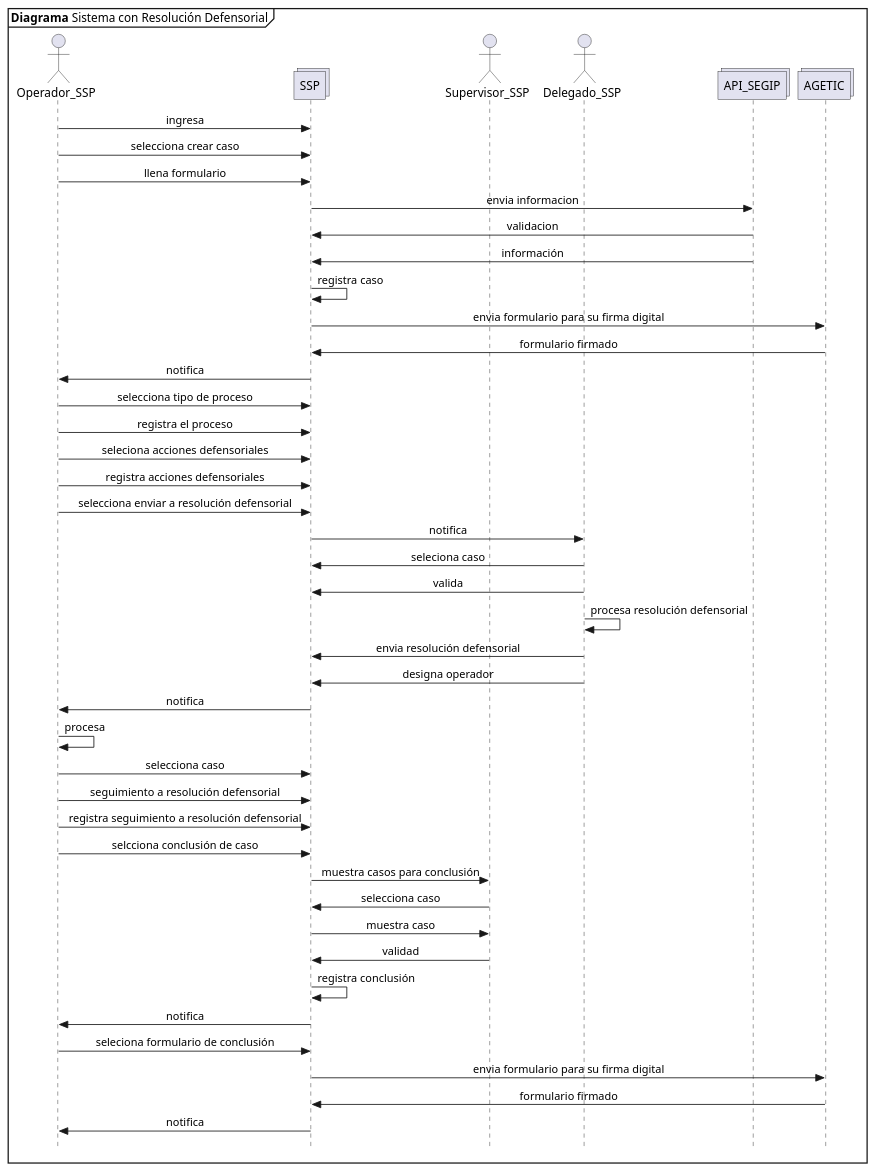
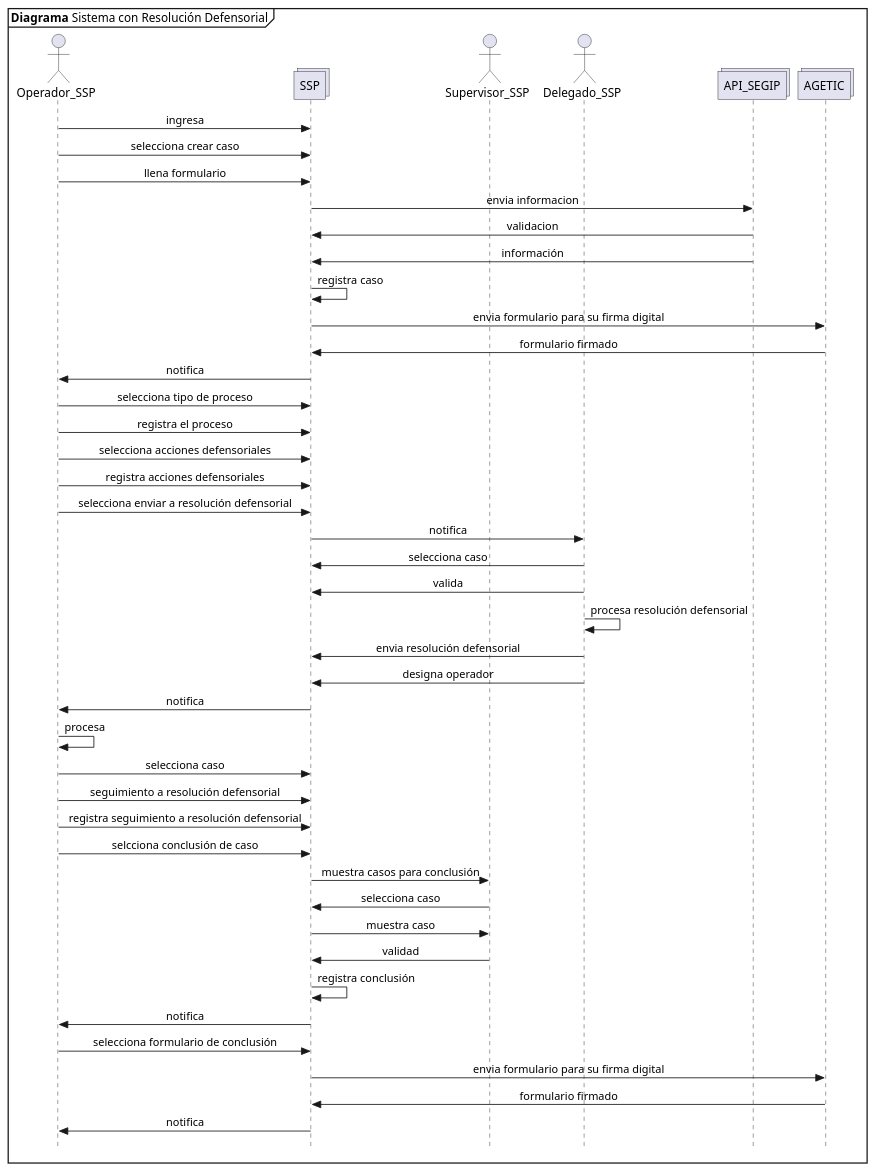
The diagram in propuesta SSP/08 registro de caso con resolucion defensorial.plantuml (n1m0d0/defdiag), drawn with PlantUML before and after one commit. The commit also changed 7 other files, not shown here.

```diff
--- a/propuesta SSP/08 registro de caso con resolucion defensorial.plantuml
+++ b/propuesta SSP/08 registro de caso con resolucion defensorial.plantuml
@@ -1,52 +1,52 @@
 @startuml Diagrama_Sistema
 skinparam Style strictuml
 skinparam SequenceMessageAlignment center
 
 mainframe **Diagrama** Sistema con Resolución Defensorial
 
 actor Operador_SSP as opssp
 collections SSP
 actor Supervisor_SSP as supssp
 actor Delegado_SSP as del
 collections API_SEGIP as segip
 collections AGETIC as agetic
 
 opssp->SSP: ingresa
 opssp->SSP: selecciona crear caso
 opssp->SSP: llena formulario
 SSP->segip: envia informacion
 segip->SSP: validacion
 segip->SSP: información
 SSP->SSP: registra caso
 SSP->agetic: envia formulario para su firma digital
 agetic->SSP: formulario firmado 
 SSP->opssp: notifica
 opssp->SSP: selecciona tipo de proceso
 opssp->SSP: registra el proceso
-opssp->SSP: seleciona acciones defensoriales
+opssp->SSP: selecciona acciones defensoriales
 opssp->SSP: registra acciones defensoriales
 opssp->SSP: selecciona enviar a resolución defensorial
 SSP->del: notifica
-del->SSP: seleciona caso
+del->SSP: selecciona caso
 del->SSP: valida
 del->del: procesa resolución defensorial
 del->SSP: envia resolución defensorial
 del->SSP: designa operador
 SSP->opssp: notifica
 opssp->opssp: procesa
 opssp->SSP: selecciona caso
 opssp->SSP: seguimiento a resolución defensorial
 opssp->SSP: registra seguimiento a resolución defensorial
 opssp->SSP: selcciona conclusión de caso
 SSP->supssp: muestra casos para conclusión
 supssp->SSP: selecciona caso
 SSP->supssp: muestra caso
 supssp->SSP: validad
 SSP->SSP: registra conclusión
 SSP->opssp: notifica
-opssp->SSP: seleciona formulario de conclusión
+opssp->SSP: selecciona formulario de conclusión
 SSP->agetic: envia formulario para su firma digital
 agetic->SSP: formulario firmado
 SSP->opssp: notifica
 
 @enduml
```
